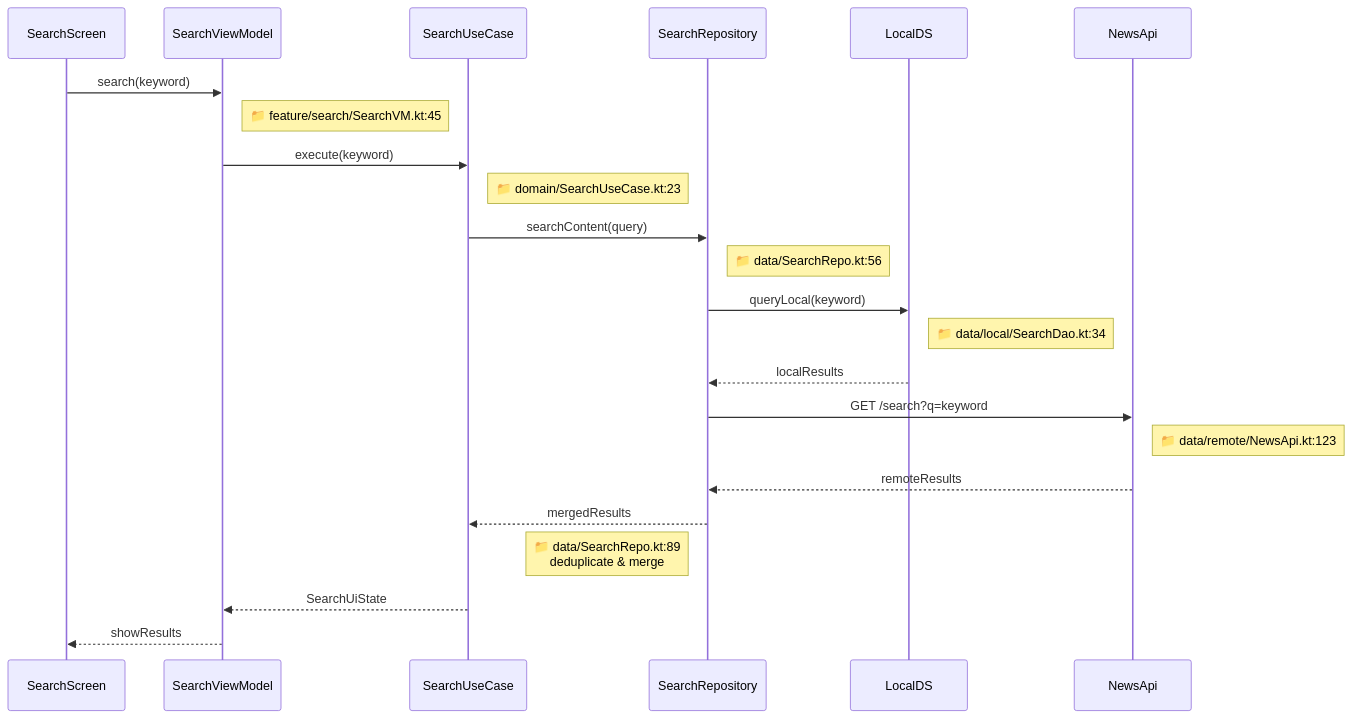
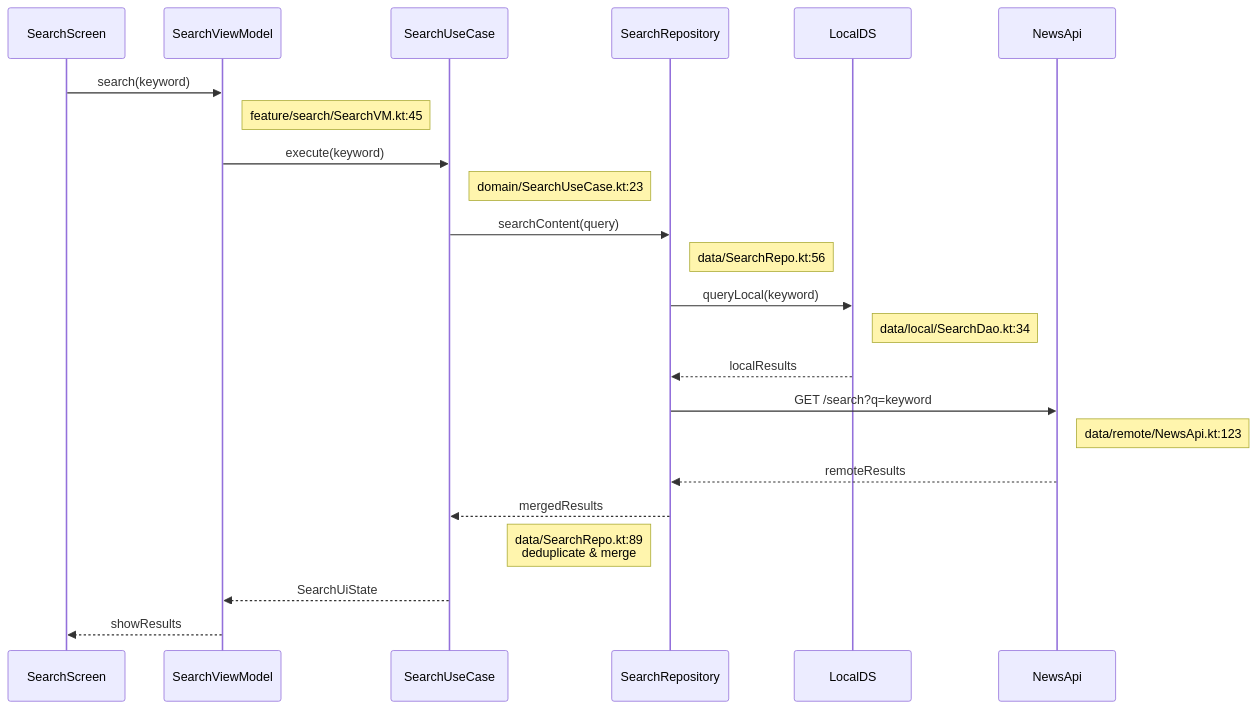
The fifth of 7 diagrams in references/android-template.md (CaostGrace/project-arch-reverse), drawn with Mermaid before and after one commit. The commit also changed other lines of this file and 10 other files, not shown here.

Commit message:
fix: 修复 12.1 流程图 Mermaid 渲染问题 - 结构重组+节点引号+形状修复

````diff
--- a/references/android-template.md
+++ b/references/android-template.md
@@ -326,26 +351,26 @@
 ```mermaid
 sequenceDiagram
     participant UI as SearchScreen
     participant VM as SearchViewModel
     participant UC as SearchUseCase
     participant Repo as SearchRepository
     participant Local as LocalDS
     participant Remote as NewsApi
 
     UI->>VM: search(keyword)
-    Note right of VM: 📁 feature/search/SearchVM.kt:45
+    Note right of VM:  feature/search/SearchVM.kt:45
     VM->>UC: execute(keyword)
-    Note right of UC: 📁 domain/SearchUseCase.kt:23
+    Note right of UC:  domain/SearchUseCase.kt:23
     UC->>Repo: searchContent(query)
-    Note right of Repo: 📁 data/SearchRepo.kt:56
+    Note right of Repo:  data/SearchRepo.kt:56
     Repo->>Local: queryLocal(keyword)
-    Note right of Local: 📁 data/local/SearchDao.kt:34
+    Note right of Local:  data/local/SearchDao.kt:34
     Local-->>Repo: localResults
     Repo->>Remote: GET /search?q=keyword
-    Note right of Remote: 📁 data/remote/NewsApi.kt:123
+    Note right of Remote:  data/remote/NewsApi.kt:123
     Remote-->>Repo: remoteResults
     Repo-->>UC: mergedResults
-    Note left of Repo: 📁 data/SearchRepo.kt:89<br/>deduplicate & merge
+    Note left of Repo:  data/SearchRepo.kt:89<br>deduplicate & merge
     UC-->>VM: SearchUiState
     VM-->>UI: showResults
 ```
````
